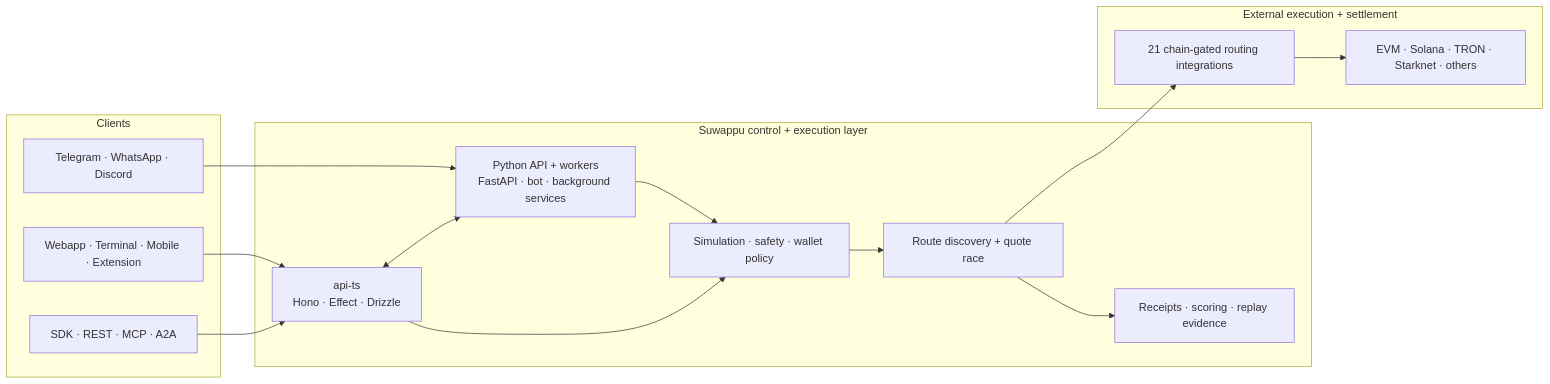
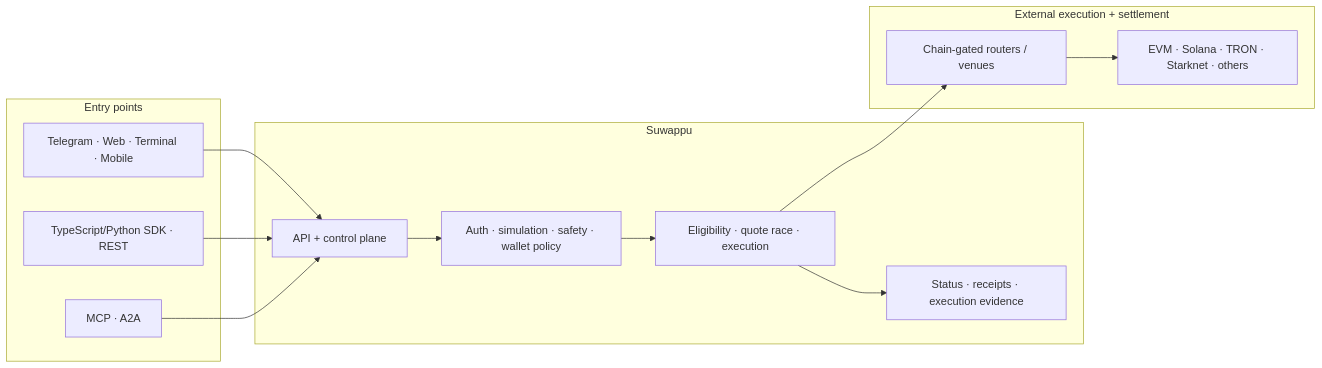
Before and after one commit to 0xSoftBoi/suwappubot: the diagram in README.md, drawn with Mermaid. The commit also changed other lines of this file, not shown here.

Commit message:
docs: sharpen README positioning and execution contract

````diff
--- a/README.md
+++ b/README.md
@@ -191,30 +221,26 @@
 ```mermaid
 flowchart LR
-    subgraph Clients["Clients"]
-        Chat["Telegram · WhatsApp · Discord"]
-        Web["Webapp · Terminal · Mobile · Extension"]
-        Agents["SDK · REST · MCP · A2A"]
+    subgraph Clients["Entry points"]
+        Human["Telegram · Web · Terminal · Mobile"]
+        Apps["TypeScript/Python SDK · REST"]
+        Agents["MCP · A2A"]
     end
 
-    subgraph Control["Suwappu control + execution layer"]
-        TS["api-ts\nHono · Effect · Drizzle"]
-        PY["Python API + workers\nFastAPI · bot · background services"]
-        Policy["Simulation · safety · wallet policy"]
-        Router["Route discovery + quote race"]
-        Intel["Receipts · scoring · replay evidence"]
+    subgraph Platform["Suwappu"]
+        API["API + control plane"]
+        Policy["Auth · simulation · safety · wallet policy"]
+        Router["Eligibility · quote race · execution"]
+        Evidence["Status · receipts · execution evidence"]
     end
 
-    subgraph External["External execution + settlement"]
-        Venues["21 chain-gated routing integrations"]
+    subgraph Settlement["External execution + settlement"]
+        Providers["Chain-gated routers / venues"]
         Chains["EVM · Solana · TRON · Starknet · others"]
     end
 
-    Chat --> PY
-    Web --> TS
-    Agents --> TS
-    TS <--> PY
-    TS --> Policy --> Router
-    PY --> Policy
-    Router --> Venues --> Chains
-    Router --> Intel
+    Human --> API
+    Apps --> API
+    Agents --> API
+    API --> Policy --> Router --> Providers --> Chains
+    Router --> Evidence
 ```
````
